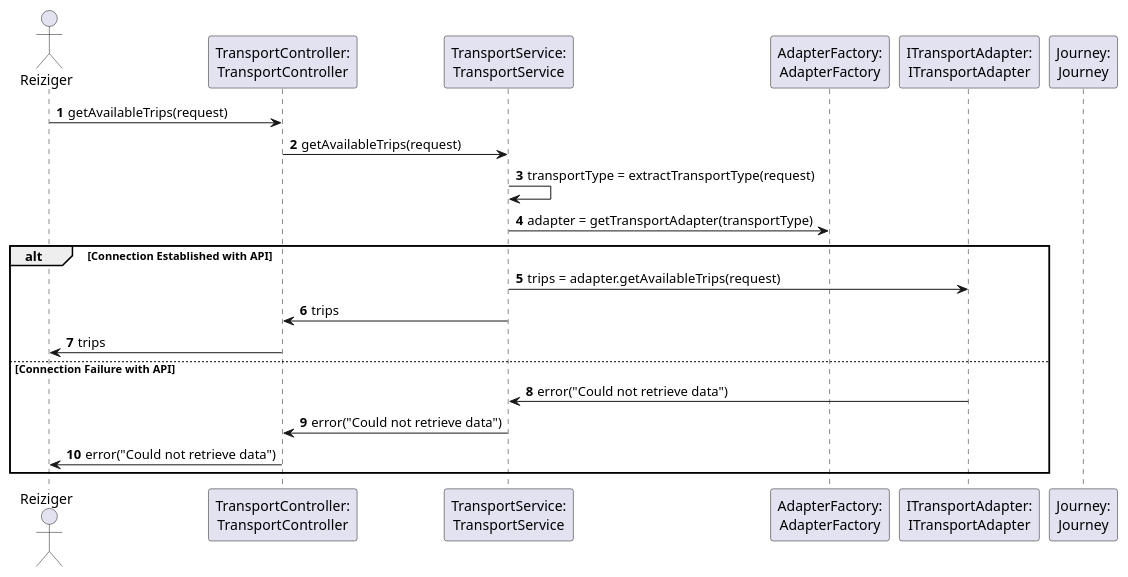
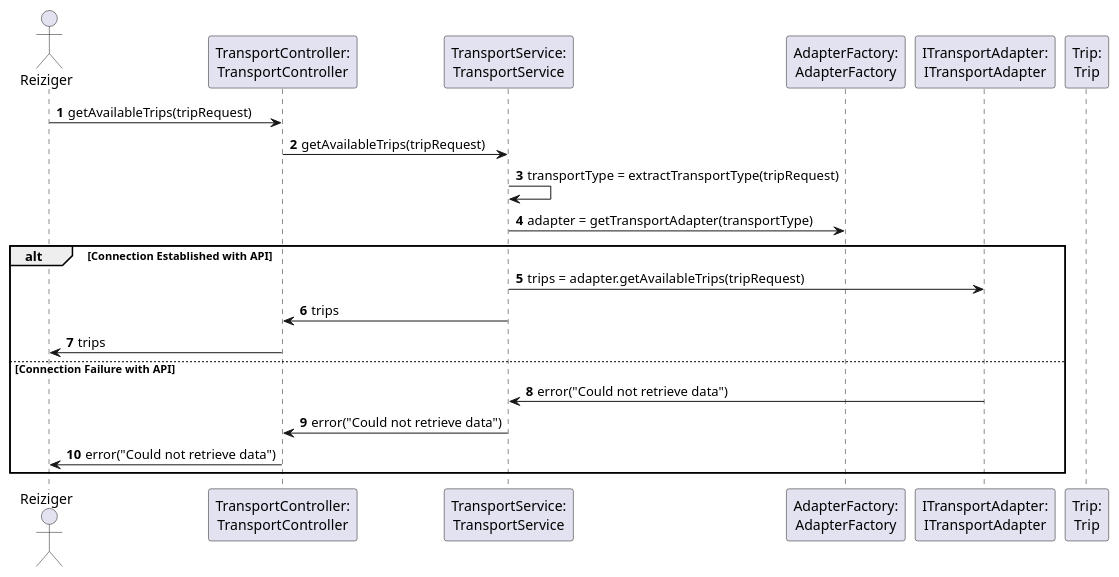
The diagram in groeps-uitwerkingen/week2/sequentie-diagrammen/sequentie-diagram-Felix.puml (AIM-ENE-feb25/triptop-de-broederbond-fgs), drawn with PlantUML before and after one commit. The commit also changed 1 other file, not shown here.

Commit message:
update sequentiediagram

```diff
--- a/groeps-uitwerkingen/week2/sequentie-diagrammen/sequentie-diagram-Felix.puml
+++ b/groeps-uitwerkingen/week2/sequentie-diagrammen/sequentie-diagram-Felix.puml
@@ -1,27 +1,27 @@
 @startuml
 
 autonumber
 
 actor Reiziger
 participant "TransportController:\nTransportController" as TC
 participant "TransportService:\nTransportService" as TS
 participant "AdapterFactory:\nAdapterFactory" as AF
 participant "ITransportAdapter:\nITransportAdapter" as Adapter
-participant "Journey:\nJourney" as J
+participant "Trip:\nTrip"
 
-Reiziger -> TC: getAvailableTrips(request)
-TC -> TS: getAvailableTrips(request)
-TS -> TS: transportType = extractTransportType(request)
+Reiziger -> TC: getAvailableTrips(tripRequest)
+TC -> TS: getAvailableTrips(tripRequest)
+TS -> TS: transportType = extractTransportType(tripRequest)
 TS -> AF: adapter = getTransportAdapter(transportType)
 
 alt Connection Established with API
-    TS -> Adapter: trips = adapter.getAvailableTrips(request)
+    TS -> Adapter: trips = adapter.getAvailableTrips(tripRequest)
     TS -> TC: trips
     TC -> Reiziger: trips
 else Connection Failure with API
     Adapter -> TS: error("Could not retrieve data")
     TS -> TC: error("Could not retrieve data")
     TC -> Reiziger: error("Could not retrieve data")
 end
 
 @enduml
```
